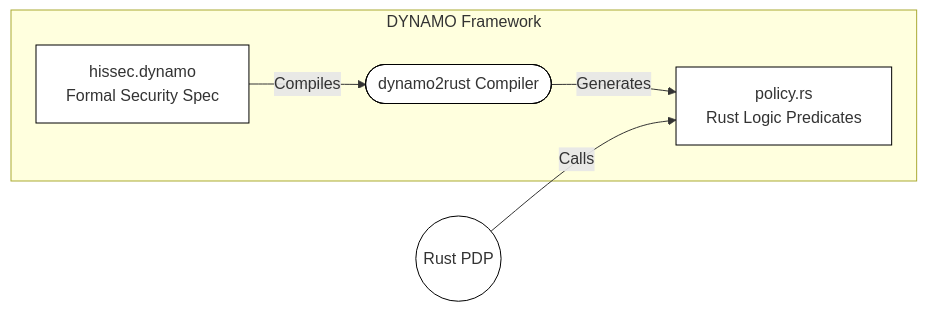
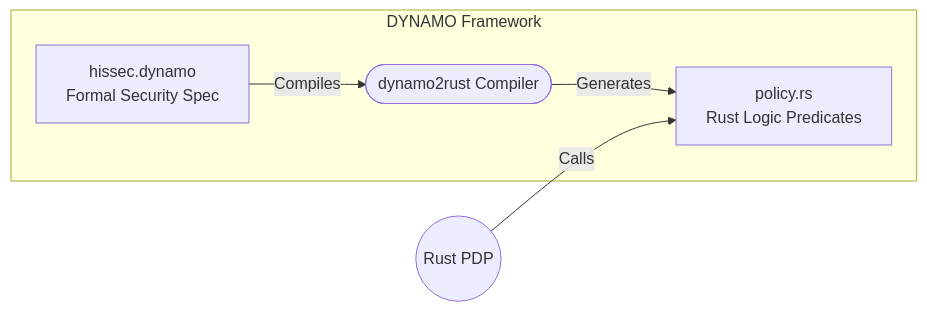
The second of 3 diagrams in README.md (SujalSavani106/hospital-hissec), drawn with Mermaid before and after one commit. The commit also changed other lines of this file, not shown here.

````diff
--- a/README.md
+++ b/README.md
@@ -125,15 +120,13 @@
 ```mermaid
-graph LR
-    classDef default fill:#ffffff,stroke:#000000,stroke-width:1px;
-
-    subgraph DYNAMO Framework
-        Spec[hissec.dynamo<br>Formal Security Spec]:::default
-        Compiler([dynamo2rust Compiler]):::default
-        Code[policy.rs<br>Rust Logic Predicates]:::default
+flowchart LR
+    subgraph DYNAMO_Framework["DYNAMO Framework"]
+        Spec[hissec.dynamo<br>Formal Security Spec]
+        Compiler([dynamo2rust Compiler])
+        Code[policy.rs<br>Rust Logic Predicates]
         
         Spec -->|Compiles| Compiler
         Compiler -->|Generates| Code
     end
     
-    PDP((Rust PDP)):::default -->|Calls| Code
+    PDP((Rust PDP)) -->|Calls| Code
 ```
````
